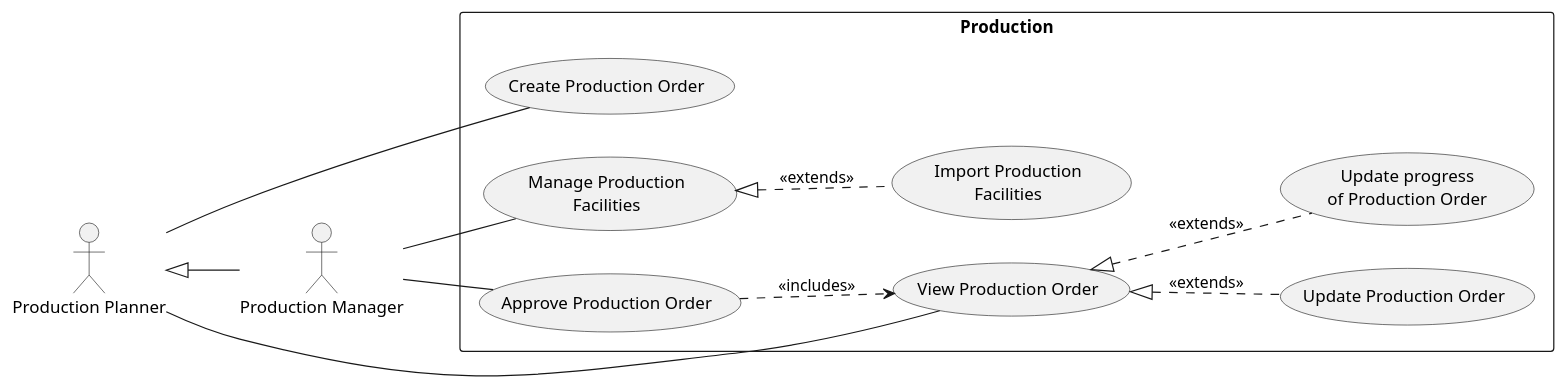
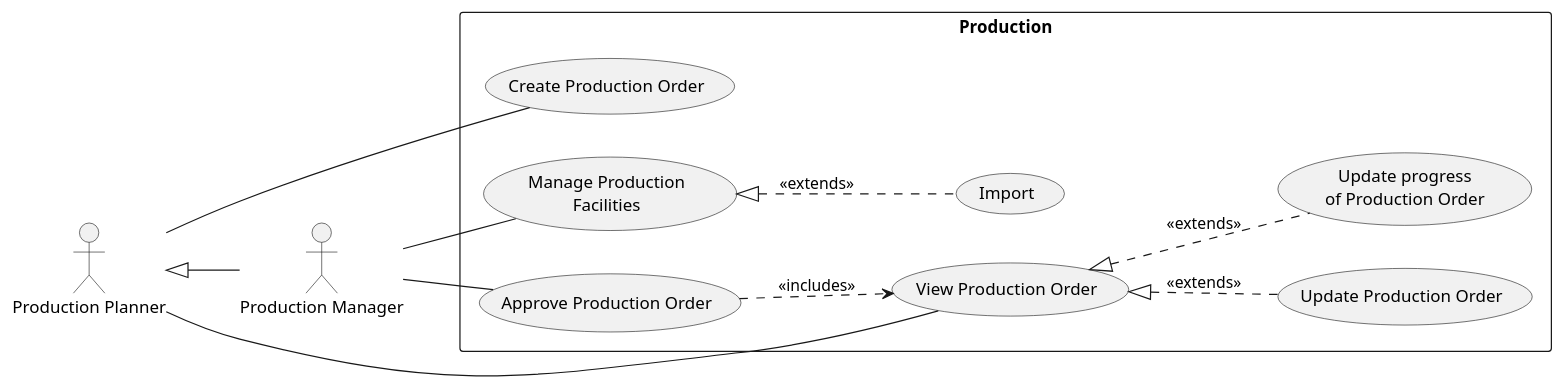
Before and after one commit to phihungha/scmss-reqs: the diagram in use-cases/Production.plantuml, drawn with PlantUML. The commit also changed 7 other files, not shown here.

```diff
--- a/use-cases/Production.plantuml
+++ b/use-cases/Production.plantuml
@@ -1,20 +1,20 @@
 @startuml production
 left to right direction
 
 :Production Planner: as pp
 :Production Manager: as pm
 pp <|-- pm
 
 rectangle Production {
   pp -- (View Production Order)
   pp -- (Create Production Order)
   (View Production Order) <|.. (Update Production Order) : <<extends>>
   (View Production Order) <|.. (Update progress\nof Production Order) : <<extends>>
 
   pm -- (Approve Production Order)
   (Approve Production Order) ..> (View Production Order) : <<includes>>
 
   pm -- (Manage Production\nFacilities)
-  (Manage Production\nFacilities) <|.. (Import Production\nFacilities) : <<extends>>
+  (Manage Production\nFacilities) <|.. (Import) : <<extends>>
 }
 @enduml
```
